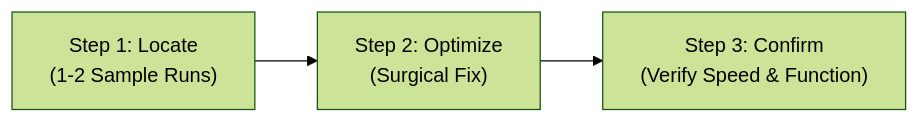
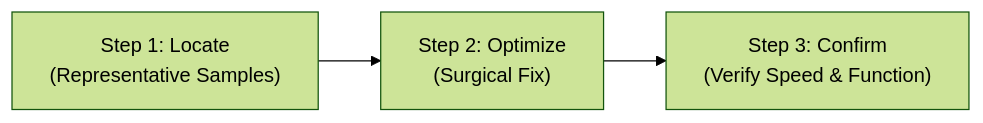
The first of 2 diagrams in .agents/skills/trace-performance-bottleneck/SKILL.md (weglobal-git/my-crm), drawn with Mermaid (forest theme) before and after one commit. The commit also changed other lines of this file and 297 other files, not shown here.

````diff
--- a/.agents/skills/trace-performance-bottleneck/SKILL.md
+++ b/.agents/skills/trace-performance-bottleneck/SKILL.md
@@ -40,5 +38,5 @@
 ```mermaid
 graph LR
-    S1["Step 1: Locate<br/>(1-2 Sample Runs)"] --> S2["Step 2: Optimize<br/>(Surgical Fix)"]
+    S1["Step 1: Locate<br/>(Representative Samples)"] --> S2["Step 2: Optimize<br/>(Surgical Fix)"]
     S2 --> S3["Step 3: Confirm<br/>(Verify Speed & Function)"]
 ```
````
